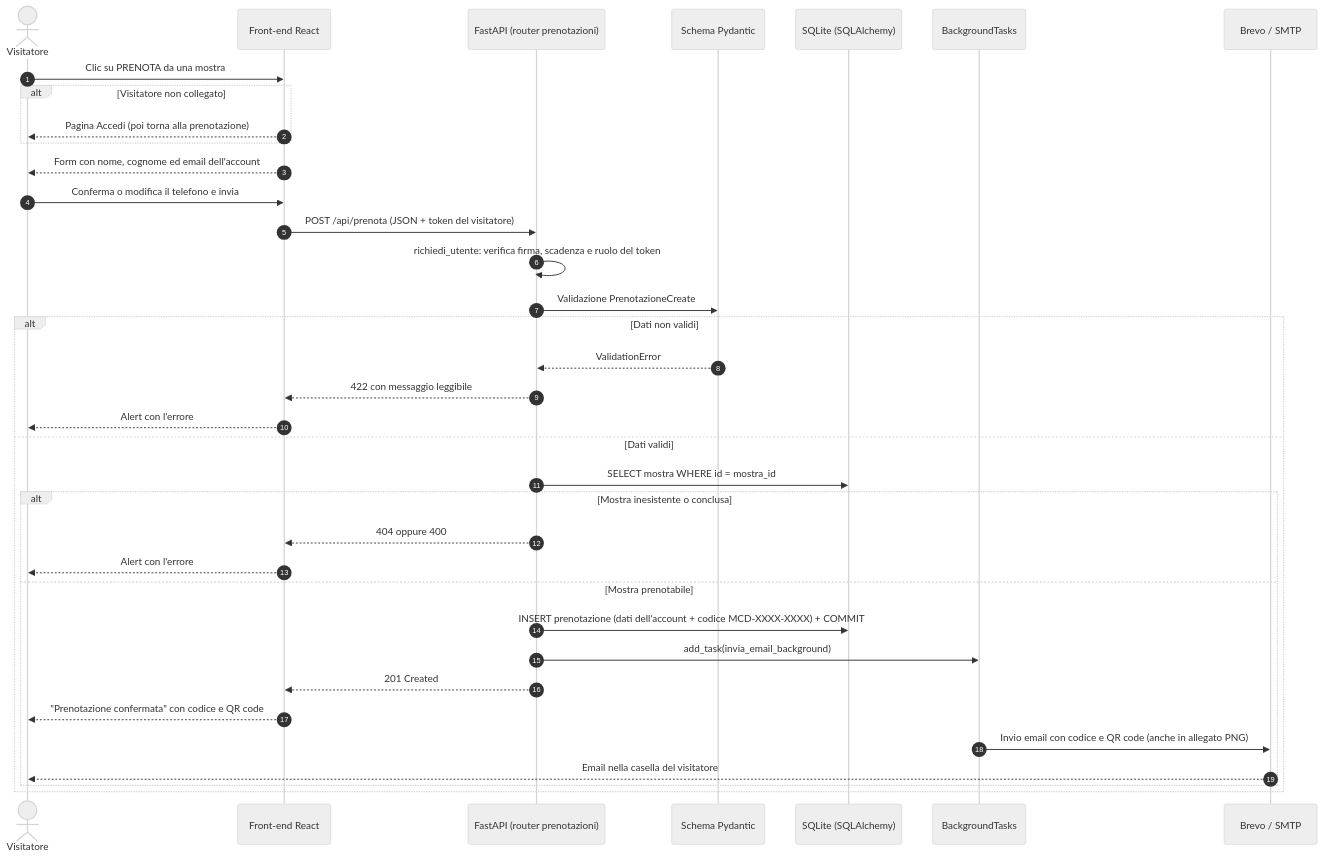
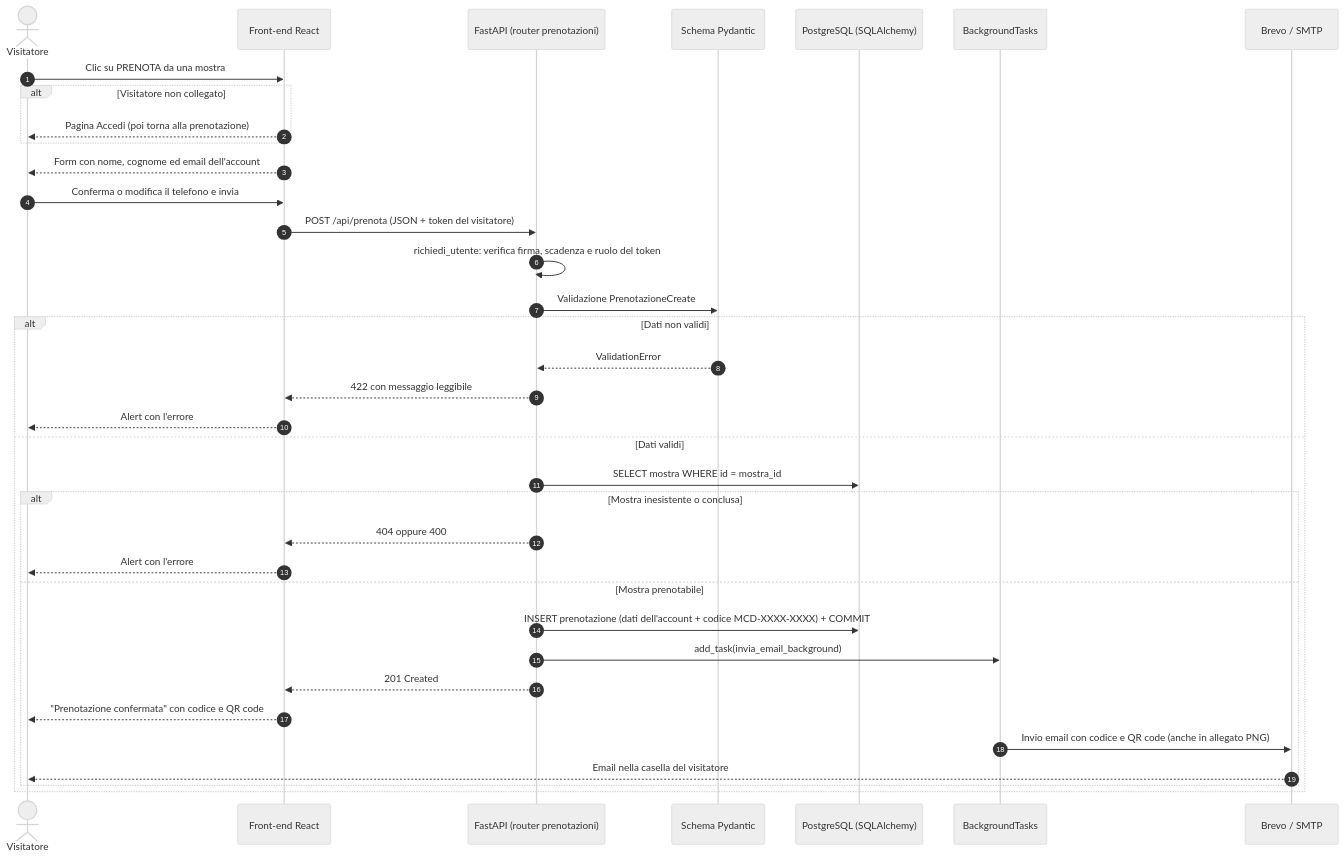
Before and after one commit to reverserob/museo-digitale-pw: the fifth of 7 diagrams in DOCUMENTATION.md, drawn with Mermaid (neutral theme). The commit also changed other lines of this file and 24 other files, not shown here.

````diff
--- a/DOCUMENTATION.md
+++ b/DOCUMENTATION.md
@@ -439,39 +489,39 @@
 ```mermaid
 sequenceDiagram
     autonumber
     actor V as Visitatore
     participant FE as Front-end React
     participant API as FastAPI (router prenotazioni)
     participant PY as Schema Pydantic
-    participant DB as SQLite (SQLAlchemy)
+    participant DB as PostgreSQL (SQLAlchemy)
     participant BG as BackgroundTasks
     participant EM as Brevo / SMTP
 
     V->>FE: Clic su PRENOTA da una mostra
     alt Visitatore non collegato
         FE-->>V: Pagina Accedi (poi torna alla prenotazione)
     end
     FE-->>V: Form con nome, cognome ed email dell'account
     V->>FE: Conferma o modifica il telefono e invia
     FE->>API: POST /api/prenota (JSON + token del visitatore)
     API->>API: richiedi_utente: verifica firma, scadenza e ruolo del token
     API->>PY: Validazione PrenotazioneCreate
     alt Dati non validi
         PY-->>API: ValidationError
         API-->>FE: 422 con messaggio leggibile
         FE-->>V: Alert con l'errore
     else Dati validi
         API->>DB: SELECT mostra WHERE id = mostra_id
         alt Mostra inesistente o conclusa
             API-->>FE: 404 oppure 400
             FE-->>V: Alert con l'errore
         else Mostra prenotabile
             API->>DB: INSERT prenotazione (dati dell'account + codice MCD-XXXX-XXXX) + COMMIT
             API->>BG: add_task(invia_email_background)
             API-->>FE: 201 Created
             FE-->>V: "Prenotazione confermata" con codice e QR code
             BG->>EM: Invio email con codice e QR code (anche in allegato PNG)
             EM-->>V: Email nella casella del visitatore
         end
     end
 ```
````
